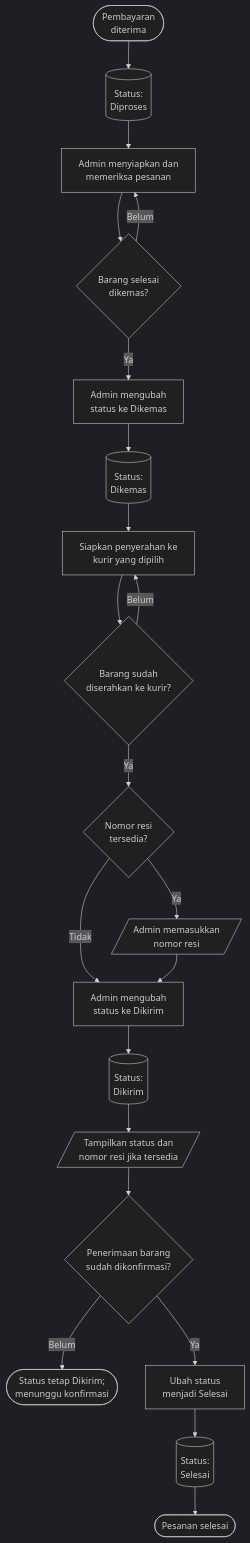
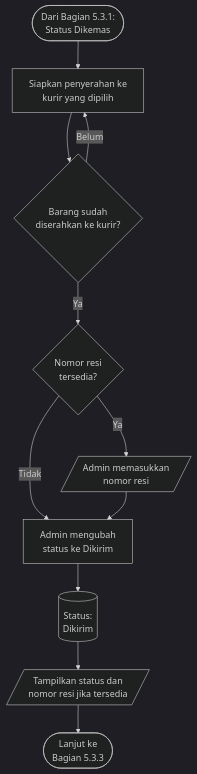
One commit to Webekspres/pixel-komunika changed the fourth of 7 diagrams in docs/client/DOKUMEN_REVIEW_DAN_PERSETUJUAN_KLIEN.md. Above: the diagram before and after it, drawn with Mermaid (dark theme). The commit also changed other lines of this file, not shown here.

Commit message:
docs: split fulfillment diagram for PDF readability

````diff
--- a/docs/client/DOKUMEN_REVIEW_DAN_PERSETUJUAN_KLIEN.md
+++ b/docs/client/DOKUMEN_REVIEW_DAN_PERSETUJUAN_KLIEN.md
@@ -241,23 +256,13 @@
 ```mermaid
 flowchart TD
-    A(["Pembayaran<br/>diterima"]) --> B[("Status:<br/>Diproses")]
-    B --> C["Admin menyiapkan dan<br/>memeriksa pesanan"]
-    C --> D{"Barang selesai<br/>dikemas?"}
-    D -->|Belum| C
-    D -->|Ya| E["Admin mengubah<br/>status ke Dikemas"]
-    E --> F[("Status:<br/>Dikemas")]
-    F --> G["Siapkan penyerahan ke<br/>kurir yang dipilih"]
-    G --> H{"Barang sudah<br/>diserahkan ke kurir?"}
-    H -->|Belum| G
-    H -->|Ya| I{"Nomor resi<br/>tersedia?"}
-    I -->|Ya| J[/"Admin memasukkan<br/>nomor resi"/]
-    I -->|Tidak| K["Admin mengubah<br/>status ke Dikirim"]
-    J --> K
-    K --> L[("Status:<br/>Dikirim")]
-    L --> M[/"Tampilkan status dan<br/>nomor resi jika tersedia"/]
-    M --> N{"Penerimaan barang<br/>sudah dikonfirmasi?"}
-    N -->|Belum| O(["Status tetap Dikirim;<br/>menunggu konfirmasi"])
-    N -->|Ya| P["Ubah status<br/>menjadi Selesai"]
-    P --> Q[("Status:<br/>Selesai")]
-    Q --> R(["Pesanan selesai"])
+    A(["Dari Bagian 5.3.1:<br/>Status Dikemas"]) --> B["Siapkan penyerahan ke<br/>kurir yang dipilih"]
+    B --> C{"Barang sudah<br/>diserahkan ke kurir?"}
+    C -->|Belum| B
+    C -->|Ya| D{"Nomor resi<br/>tersedia?"}
+    D -->|Ya| E[/"Admin memasukkan<br/>nomor resi"/]
+    D -->|Tidak| F["Admin mengubah<br/>status ke Dikirim"]
+    E --> F
+    F --> G[("Status:<br/>Dikirim")]
+    G --> H[/"Tampilkan status dan<br/>nomor resi jika tersedia"/]
+    H --> I(["Lanjut ke<br/>Bagian 5.3.3"])
 ```
````
